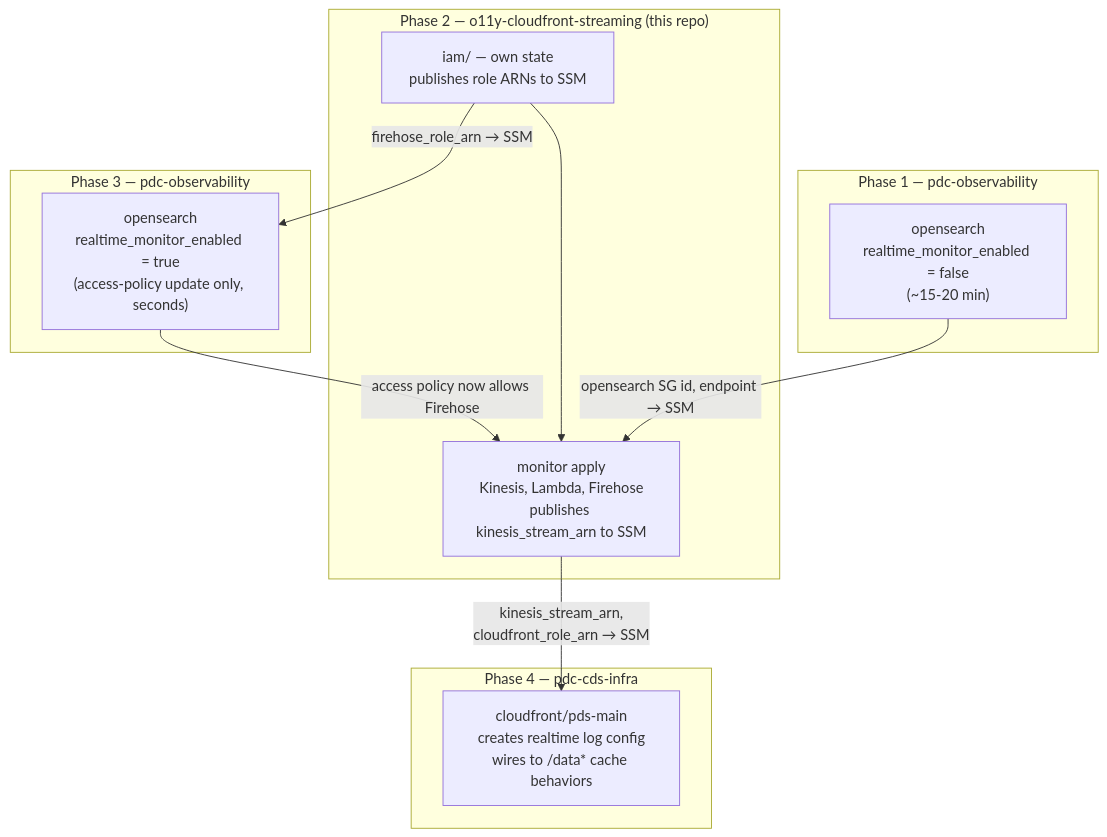
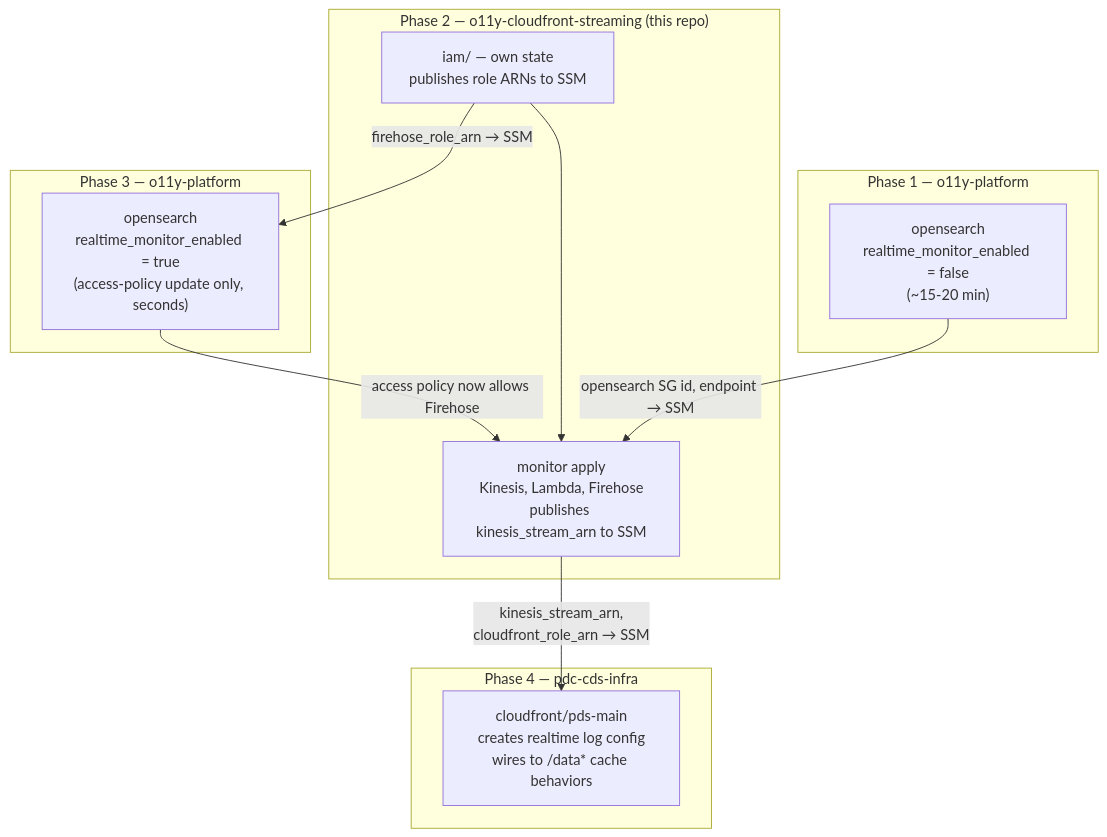
Before and after one commit to NASA-PDS/o11y-cloudfront-streaming: the second of 2 diagrams in terraform/README.md, drawn with Mermaid. The commit also changed other lines of this file and 10 other files, not shown here.

First line of the commit message:
Rename stale pdc-observability/cf-realtime-monitor refs to o11y naming

````diff
--- a/terraform/README.md
+++ b/terraform/README.md
@@ -64,25 +64,25 @@
 ```mermaid
 flowchart TD
-    subgraph p1["Phase 1 — pdc-observability"]
+    subgraph p1["Phase 1 — o11y-platform"]
         OS1["opensearch\nrealtime_monitor_enabled = false\n(~15-20 min)"]
     end
 
     subgraph p2["Phase 2 — o11y-cloudfront-streaming (this repo)"]
         CFIAM["iam/ — own state\npublishes role ARNs to SSM"]
         CFMAIN["monitor apply\nKinesis, Lambda, Firehose\npublishes kinesis_stream_arn to SSM"]
         CFIAM --> CFMAIN
     end
 
-    subgraph p3["Phase 3 — pdc-observability"]
+    subgraph p3["Phase 3 — o11y-platform"]
         OS2["opensearch\nrealtime_monitor_enabled = true\n(access-policy update only, seconds)"]
     end
 
     subgraph p4["Phase 4 — pdc-cds-infra"]
         CF["cloudfront/pds-main\ncreates realtime log config\nwires to /data* cache behaviors"]
     end
 
     OS1 -->|"opensearch SG id, endpoint → SSM"| CFMAIN
     CFIAM -->|"firehose_role_arn → SSM"| OS2
     CFMAIN -->|"kinesis_stream_arn,\ncloudfront_role_arn → SSM"| CF
     OS2 -->|"access policy now allows Firehose"| CFMAIN
 ```
````
